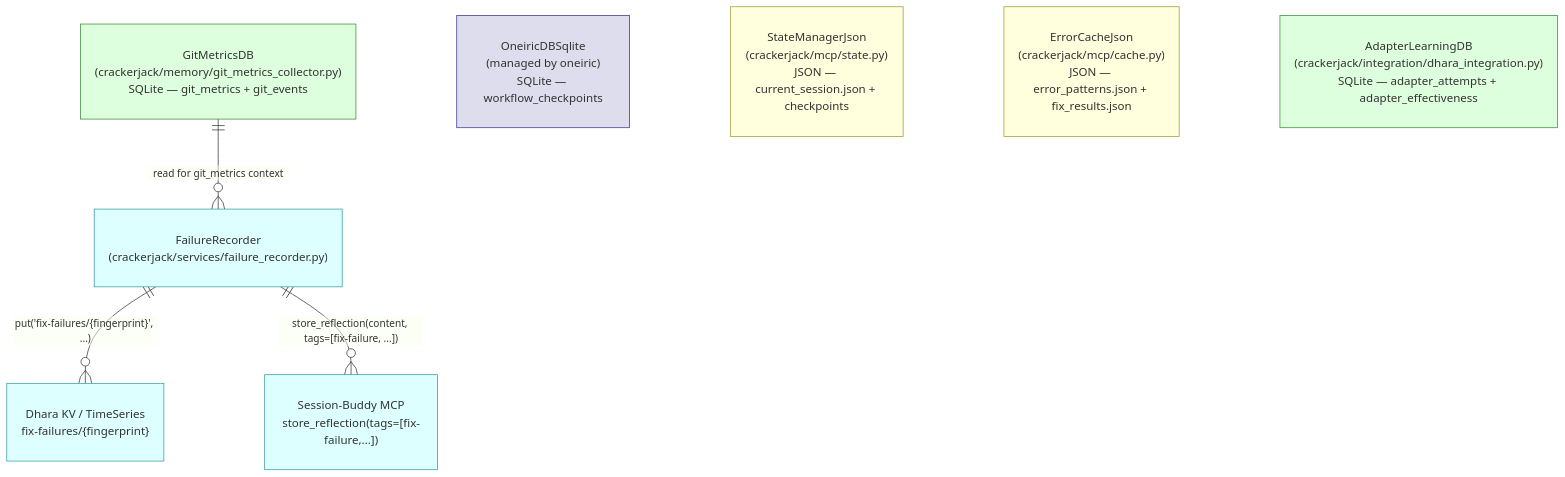
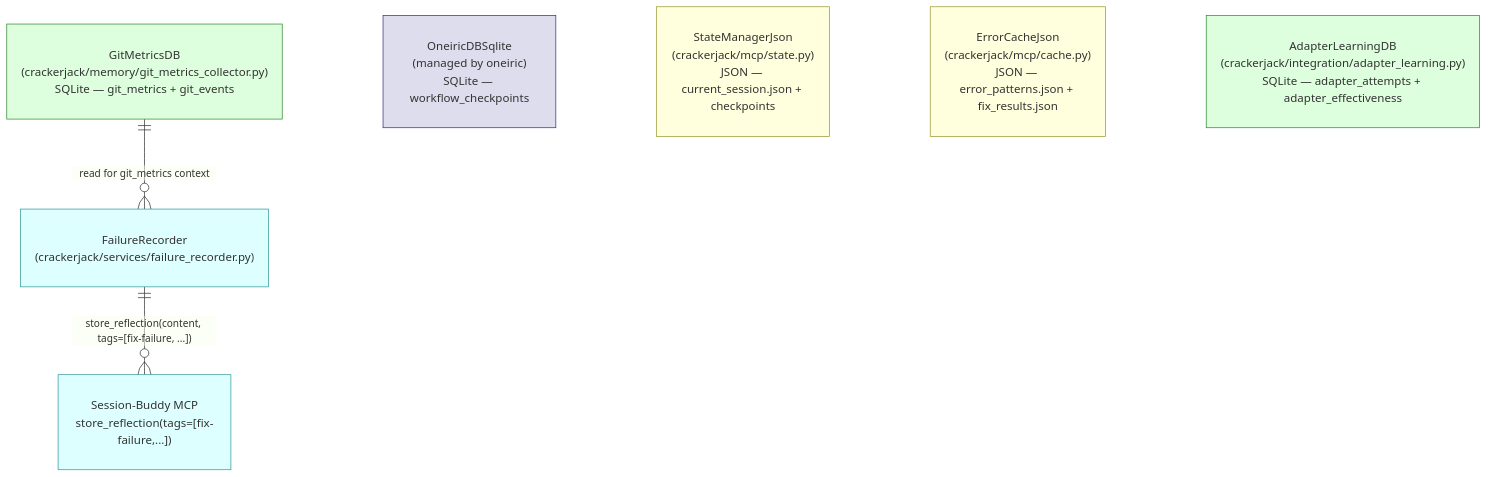
The first of 6 diagrams in docs/architecture/MEMORY_ARCHITECTURE.md (lesleslie/crackerjack), drawn with Mermaid before and after one commit. The commit also changed other lines of this file and 50 other files, not shown here.

````diff
--- a/docs/architecture/MEMORY_ARCHITECTURE.md
+++ b/docs/architecture/MEMORY_ARCHITECTURE.md
@@ -79,30 +79,27 @@
 ```mermaid
 erDiagram
     %% surviving stores after AI-fix subsystem removal (2026-08-12)
     %% see "Storage paths" table below for source files
 
     GitMetricsDB["GitMetricsDB<br/>(crackerjack/memory/git_metrics_collector.py)<br/>SQLite — git_metrics + git_events"]
     OneiricDBSqlite["OneiricDBSqlite<br/>(managed by oneiric)<br/>SQLite — workflow_checkpoints"]
     StateManagerJson["StateManagerJson<br/>(crackerjack/mcp/state.py)<br/>JSON — current_session.json + checkpoints"]
     ErrorCacheJson["ErrorCacheJson<br/>(crackerjack/mcp/cache.py)<br/>JSON — error_patterns.json + fix_results.json"]
-    AdapterLearningDB["AdapterLearningDB<br/>(crackerjack/integration/dhara_integration.py)<br/>SQLite — adapter_attempts + adapter_effectiveness"]
+    AdapterLearningDB["AdapterLearningDB<br/>(crackerjack/integration/adapter_learning.py)<br/>SQLite — adapter_attempts + adapter_effectiveness"]
 
-    %% Failure-flow (failure_recorder.py + Dhara + Session-Buddy)
+    %% Failure-flow (failure_recorder.py + Session-Buddy)
     %% written from PhaseCoordinator; read by ImprovementGenerator
     FailureRecorder["FailureRecorder<br/>(crackerjack/services/failure_recorder.py)"]
-    DharaKV["Dhara KV / TimeSeries<br/>fix-failures/{fingerprint}"]
     SBReflection["Session-Buddy MCP<br/>store_reflection(tags=[fix-failure,...])"]
 
-    FailureRecorder ||--o{ DharaKV : "put('fix-failures/{fingerprint}', ...)"
     FailureRecorder ||--o{ SBReflection : "store_reflection(content, tags=[fix-failure, ...])"
     GitMetricsDB ||--o{ FailureRecorder : "read for git_metrics context"
 
     style GitMetricsDB fill:#dfd,stroke:#383
     style OneiricDBSqlite fill:#dde,stroke:#338
     style StateManagerJson fill:#ffd,stroke:#993
     style ErrorCacheJson fill:#ffd,stroke:#993
     style AdapterLearningDB fill:#dfd,stroke:#383
     style FailureRecorder fill:#dff,stroke:#399
-    style DharaKV fill:#dff,stroke:#399
     style SBReflection fill:#dff,stroke:#399
 ```
````
